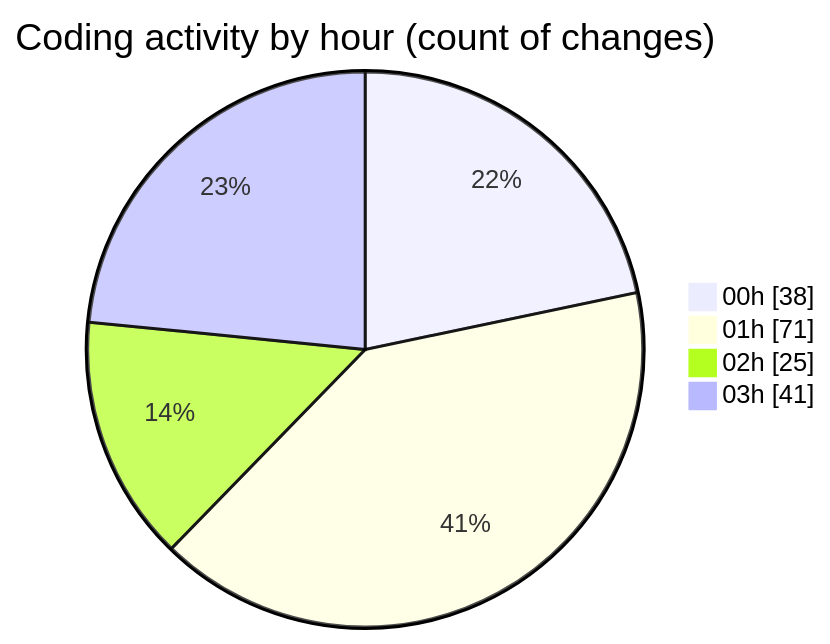
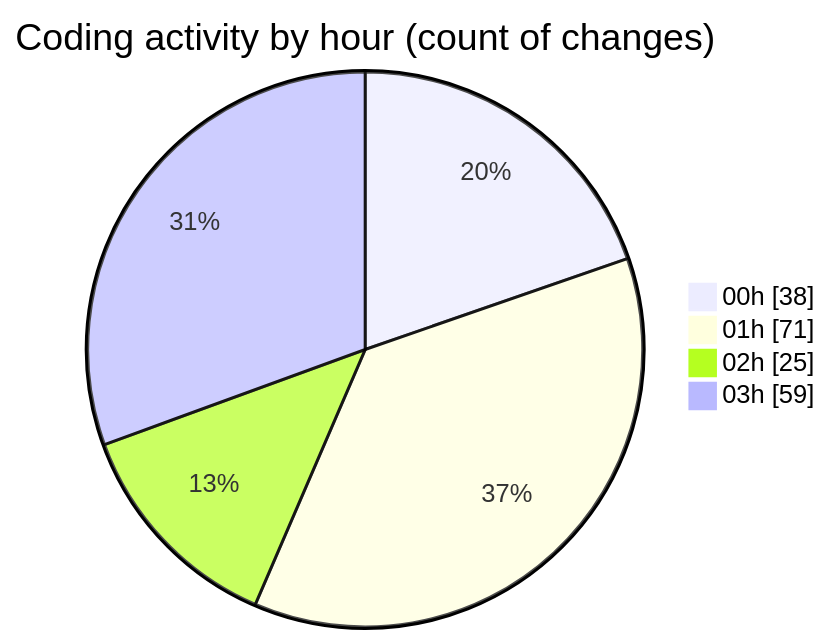
One commit to lephambinh05/code-tracking changed the second of 2 diagrams in 2025-07-27/quanlyrapchieuphim-1/README.md. Above: the diagram before and after it, drawn with Mermaid. The commit also changed other lines of this file and 1 other file, not shown here.

````diff
--- a/2025-07-27/quanlyrapchieuphim-1/README.md
+++ b/2025-07-27/quanlyrapchieuphim-1/README.md
@@ -71,8 +78,8 @@
 ```mermaid
 pie showData
 title Coding activity by hour (count of changes)
 "00h" : 38
 "01h" : 71
 "02h" : 25
-"03h" : 41
+"03h" : 59
 ```
````
